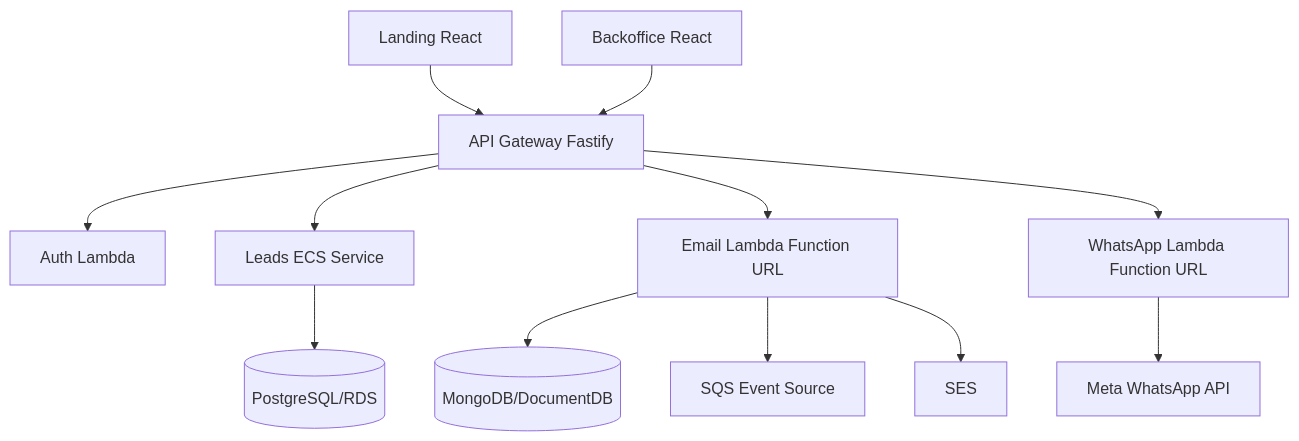
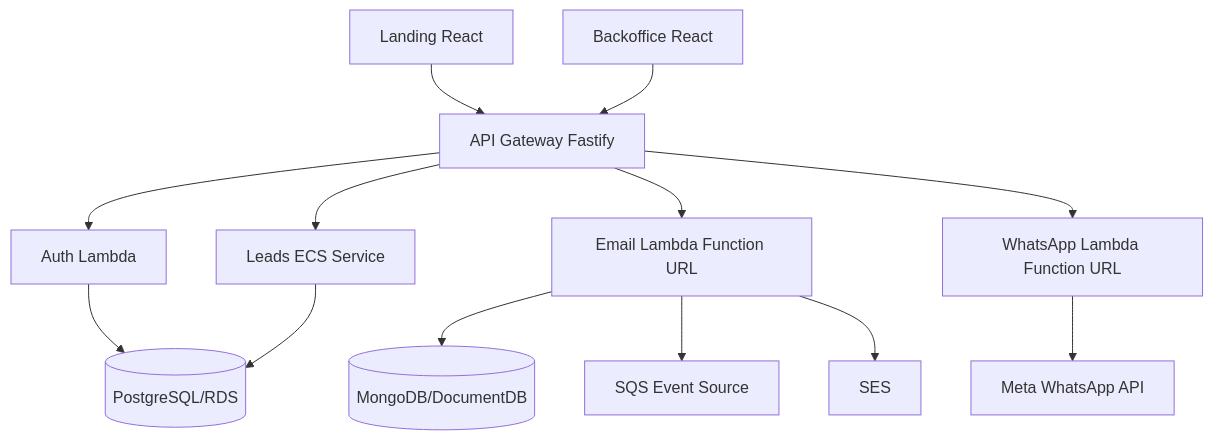
The diagram in README.md (gercenioxsilva/crm-lite), drawn with Mermaid before and after one commit. The commit also changed other lines of this file and 10 other files, not shown here.

````diff
--- a/README.md
+++ b/README.md
@@ -25,14 +46,15 @@
 ```mermaid
 graph TB
   landing[Landing React] --> gateway[API Gateway Fastify]
   backoffice[Backoffice React] --> gateway
   gateway --> auth[Auth Lambda]
   gateway --> leads[Leads ECS Service]
   gateway --> email[Email Lambda Function URL]
   gateway --> whatsapp[WhatsApp Lambda Function URL]
+  auth --> postgres[(PostgreSQL/RDS)]
   leads --> postgres[(PostgreSQL/RDS)]
   email --> mongo[(MongoDB/DocumentDB)]
   email --> sqs[SQS Event Source]
   email --> ses[SES]
   whatsapp --> meta[Meta WhatsApp API]
 ```
````
